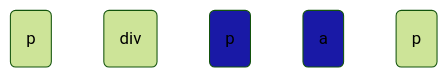
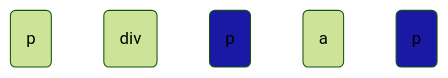
One commit to linkeshvaranr/CSS-selectors-Explained changed the seventh of 9 diagrams in README.md. Above: the diagram before and after it, drawn with Mermaid (forest theme). The commit also changed other lines of this file, not shown here.

````diff
--- a/README.md
+++ b/README.md
@@ -140,11 +140,11 @@
 ```mermaid
    graph TD
     A(p) 
     B(div)
     C(p):::select
-    D(a):::select
-    E(p)
+    D(a)
+    E(p):::select
 
 
     classDef select fill:#1919a6;
 ```
````
